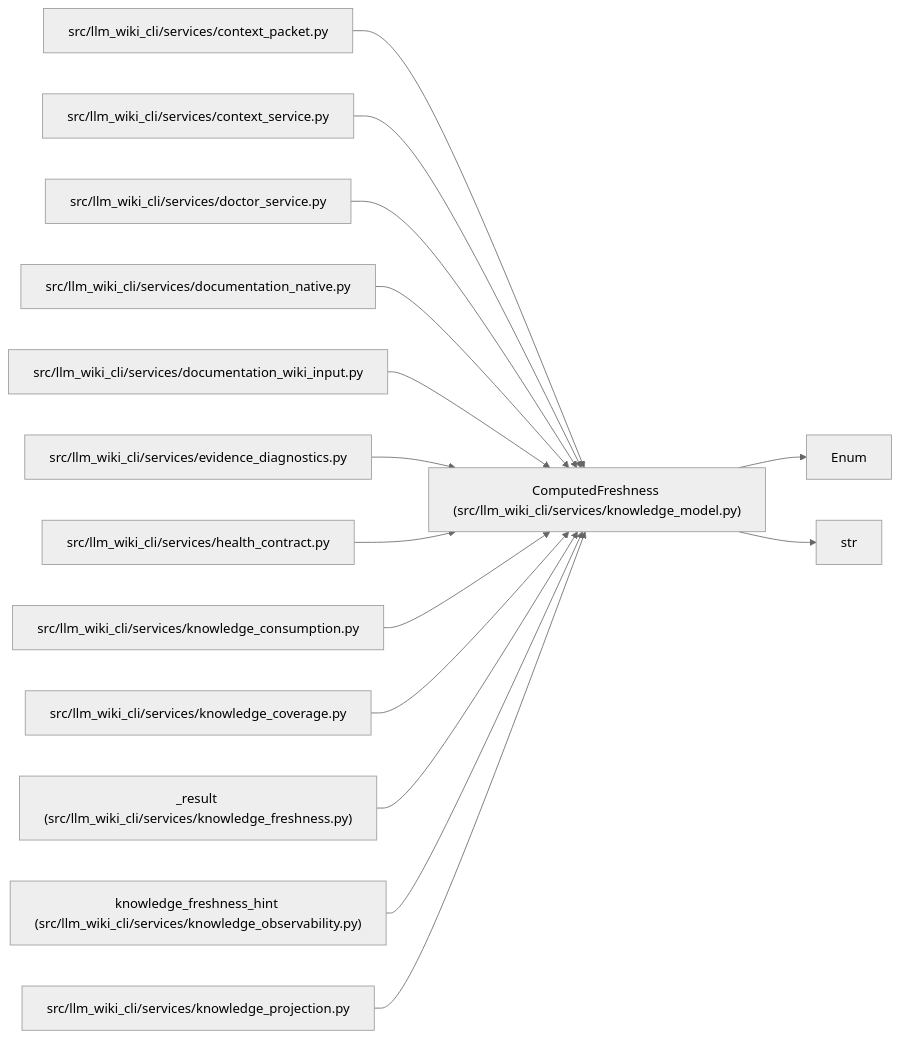
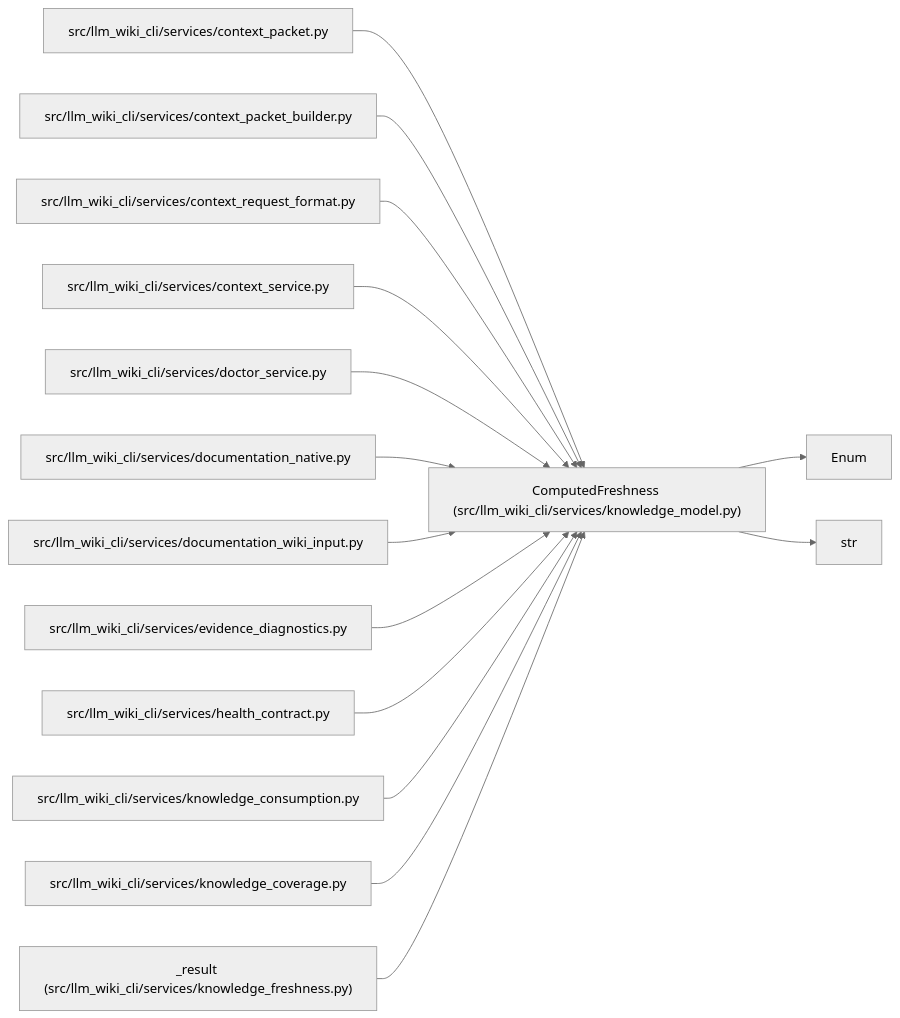
One commit to Denissvgn/python-wiki-llm changed the diagram in docs/llm_wiki/entities/ComputedFreshness.md. Above: the diagram before and after it, drawn with Mermaid (neutral theme). The commit also changed other lines of this file and 1555 other files, not shown here.

````diff
--- a/docs/llm_wiki/entities/ComputedFreshness.md
+++ b/docs/llm_wiki/entities/ComputedFreshness.md
@@ -30,45 +30,45 @@
 ```mermaid
 flowchart LR
     n0["ComputedFreshness (src/llm_wiki_cli/services/knowledge_model.py)"]
     n1["Enum"]
     n2["str"]
     n3["src/llm_wiki_cli/services/context_packet.py"]
-    n4["src/llm_wiki_cli/services/context_service.py"]
-    n5["src/llm_wiki_cli/services/doctor_service.py"]
-    n6["src/llm_wiki_cli/services/documentation_native.py"]
-    n7["src/llm_wiki_cli/services/documentation_wiki_input.py"]
-    n8["src/llm_wiki_cli/services/evidence_diagnostics.py"]
-    n9["src/llm_wiki_cli/services/health_contract.py"]
-    n10["src/llm_wiki_cli/services/knowledge_consumption.py"]
-    n11["src/llm_wiki_cli/services/knowledge_coverage.py"]
-    n12["_result (src/llm_wiki_cli/services/knowledge_freshness.py)"]
-    n13["knowledge_freshness_hint (src/llm_wiki_cli/services/knowledge_observability.py)"]
-    n14["src/llm_wiki_cli/services/knowledge_projection.py"]
+    n4["src/llm_wiki_cli/services/context_packet_builder.py"]
+    n5["src/llm_wiki_cli/services/context_request_format.py"]
+    n6["src/llm_wiki_cli/services/context_service.py"]
+    n7["src/llm_wiki_cli/services/doctor_service.py"]
+    n8["src/llm_wiki_cli/services/documentation_native.py"]
+    n9["src/llm_wiki_cli/services/documentation_wiki_input.py"]
+    n10["src/llm_wiki_cli/services/evidence_diagnostics.py"]
+    n11["src/llm_wiki_cli/services/health_contract.py"]
+    n12["src/llm_wiki_cli/services/knowledge_consumption.py"]
+    n13["src/llm_wiki_cli/services/knowledge_coverage.py"]
+    n14["_result (src/llm_wiki_cli/services/knowledge_freshness.py)"]
     n0 --> n1
     n0 --> n2
     n3 --> n0
     n4 --> n0
     n5 --> n0
     n6 --> n0
     n7 --> n0
     n8 --> n0
     n9 --> n0
     n10 --> n0
     n11 --> n0
     n12 --> n0
     n13 --> n0
     n14 --> n0
     click n0 "../modules/knowledge_model.md"
     click n3 "../modules/context_packet.md"
-    click n4 "../modules/context_service.md"
-    click n5 "../modules/doctor_service.md"
-    click n6 "../modules/documentation_native.md"
-    click n7 "../modules/documentation_wiki_input.md"
-    click n8 "../modules/evidence_diagnostics.md"
-    click n9 "../modules/health_contract.md"
-    click n10 "../modules/knowledge_consumption.md"
-    click n11 "../modules/knowledge_coverage.md"
-    click n12 "../modules/knowledge_freshness.md"
-    click n13 "../modules/knowledge_observability.md"
-    click n14 "../modules/knowledge_projection.md"
+    click n4 "../modules/context_packet_builder.md"
+    click n5 "../modules/context_request_format.md"
+    click n6 "../modules/context_service.md"
+    click n7 "../modules/doctor_service.md"
+    click n8 "../modules/documentation_native.md"
+    click n9 "../modules/documentation_wiki_input.md"
+    click n10 "../modules/evidence_diagnostics.md"
+    click n11 "../modules/health_contract.md"
+    click n12 "../modules/knowledge_consumption.md"
+    click n13 "../modules/knowledge_coverage.md"
+    click n14 "../modules/knowledge_freshness.md"
 ```
````
